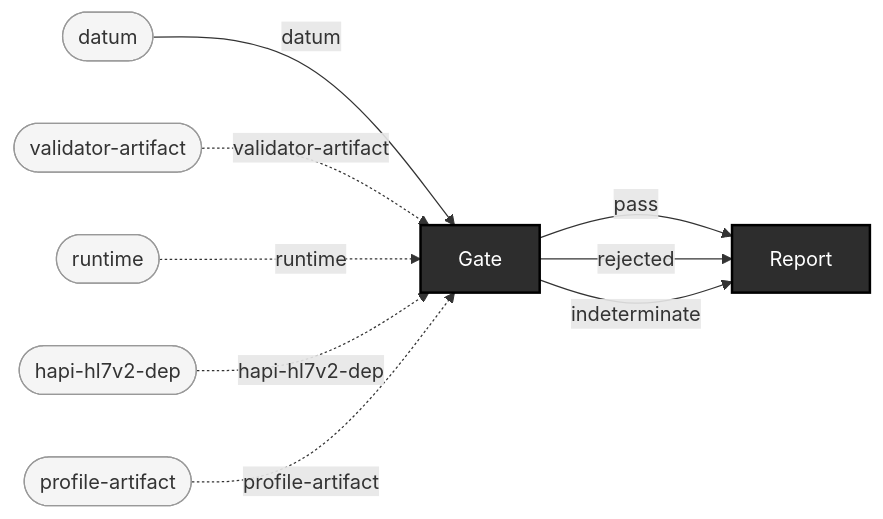
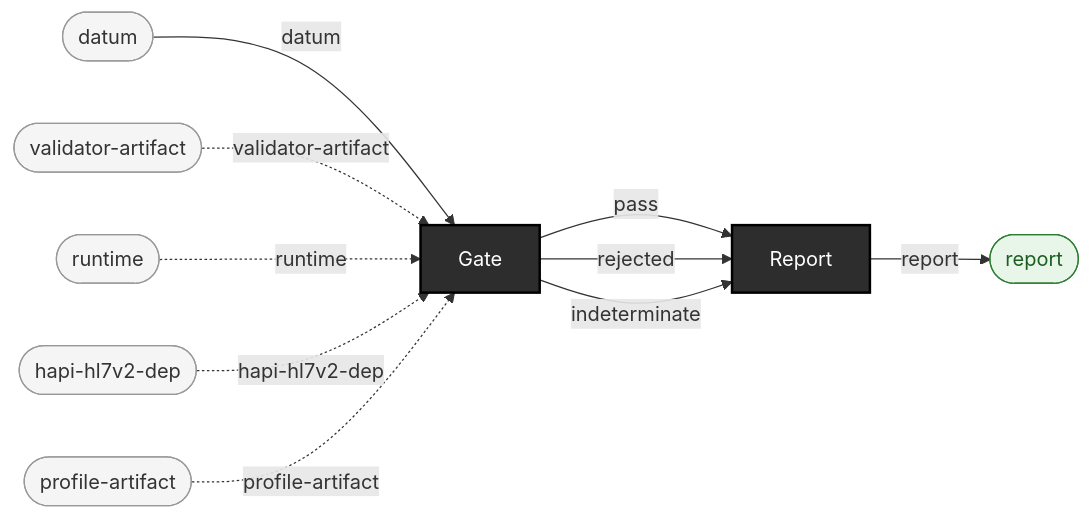
One commit to pragsmike/ehr-testing-tools changed the diagram in docs/use-cases/regression-baselining.md. Above: the diagram before and after it, drawn with Mermaid. The commit also changed 21 other files, not shown here.

First line of the commit message:
docs: regenerate use-case pages and pipeline diagram with result nodes (mechanical, zero hand edits)

````diff
--- a/docs/use-cases/regression-baselining.md
+++ b/docs/use-cases/regression-baselining.md
@@ -37,40 +37,47 @@
 ```mermaid
 flowchart LR
 
     %% --- Source types (raw inputs, not produced by any operation) ---
     datum(["datum"])
     hapi_hl7v2_dep(["hapi-hl7v2-dep"])
     profile_artifact(["profile-artifact"])
     runtime(["runtime"])
     validator_artifact(["validator-artifact"])
 
     %% --- Operations (boxes; spiders use distinct shapes) ---
     Gate["Gate"]
     Report["Report"]
 
+    %% --- Result types (terminal outputs) ---
+    report_out(["report"])
+
     %% --- Wires (typed connections) ---
     %% Arrow 1: Gate
     datum -- datum --> Gate
     validator_artifact -. validator-artifact .-> Gate
     runtime -. runtime .-> Gate
     hapi_hl7v2_dep -. hapi-hl7v2-dep .-> Gate
     profile_artifact -. profile-artifact .-> Gate
 
     %% Arrow 2: Report
     Gate -- pass --> Report
     Gate -- rejected --> Report
     Gate -- indeterminate --> Report
+    Report -- "report" --> report_out
 
     %% --- Styling ---
 
     %% Operations: dark boxes (fan=blue, funnel=green, enrichment=outlined, gate=purple, external=dashed)
     style Gate fill:#2d2d2d,stroke:#000,color:#fff,stroke-width:2px
     style Report fill:#2d2d2d,stroke:#000,color:#fff,stroke-width:2px
 
     %% Source types: light rounded
     style datum fill:#f5f5f5,stroke:#999,color:#333
     style hapi_hl7v2_dep fill:#f5f5f5,stroke:#999,color:#333
     style profile_artifact fill:#f5f5f5,stroke:#999,color:#333
     style runtime fill:#f5f5f5,stroke:#999,color:#333
     style validator_artifact fill:#f5f5f5,stroke:#999,color:#333
+
+    %% Result types (terminal outputs): green rounded
+    style report_out fill:#e8f5e9,stroke:#2e7d32,color:#1b5e20
 ```
````
